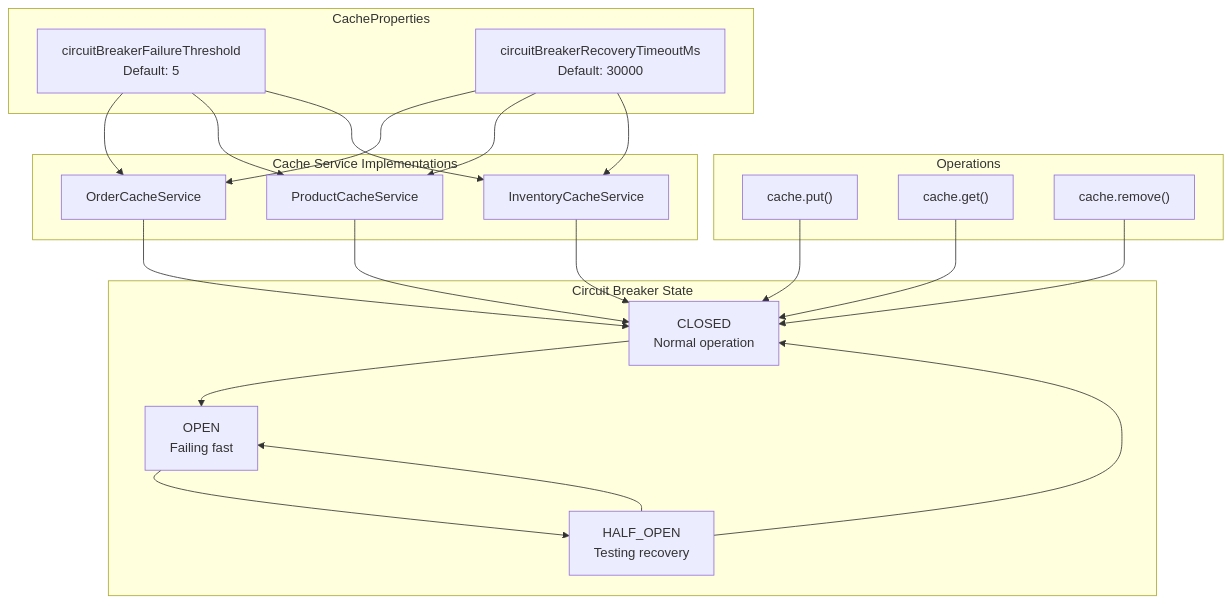
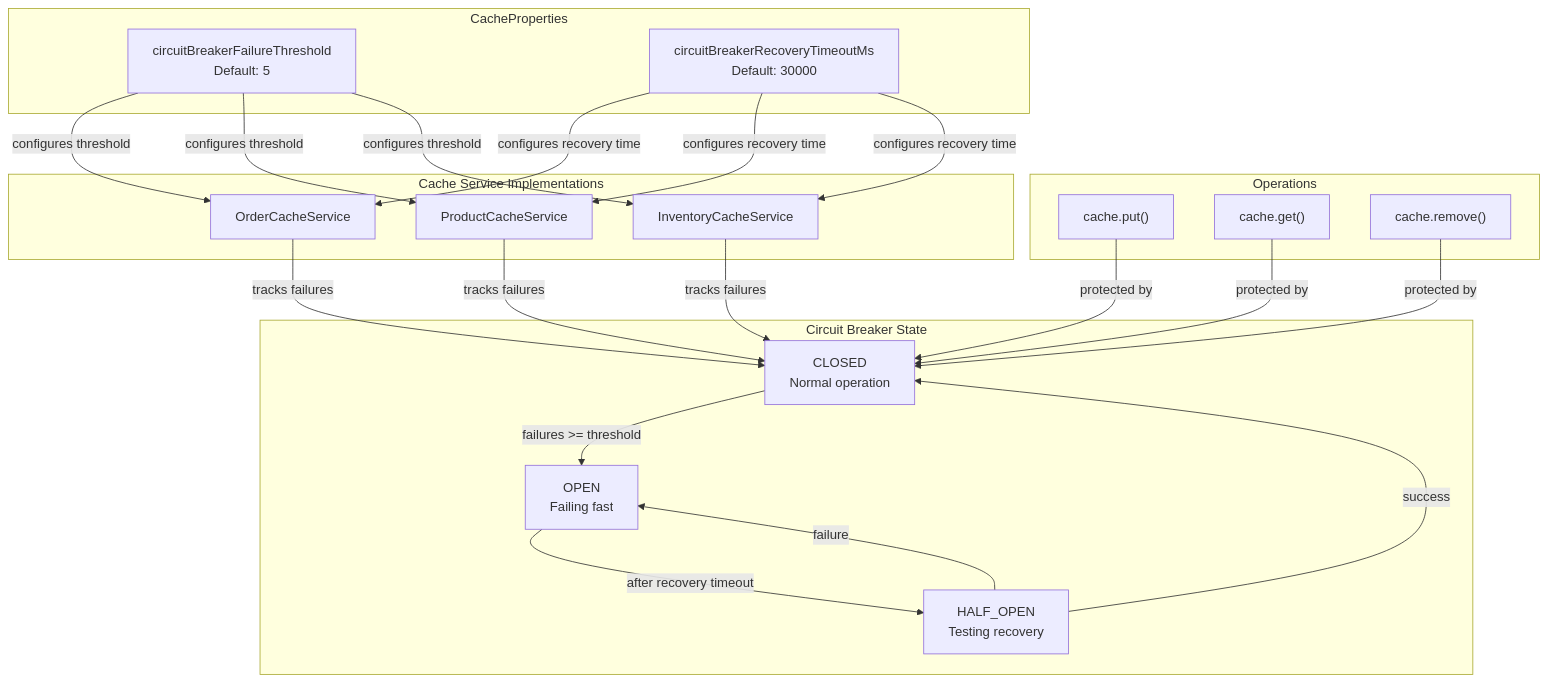
Before and after one commit to philipz/spring-modular-monolith: the second of 3 diagrams in docs/deepwiki/Cache-Properties.md, drawn with Mermaid. The commit also changed other lines of this file and 55 other files, not shown here.

````diff
--- a/docs/deepwiki/Cache-Properties.md
+++ b/docs/deepwiki/Cache-Properties.md
@@ -248,55 +248,55 @@
 ```mermaid
 flowchart TD
 
 FT["circuitBreakerFailureThreshold<br>Default: 5"]
 RT["circuitBreakerRecoveryTimeoutMs<br>Default: 30000"]
 OCS["OrderCacheService"]
 PCS["ProductCacheService"]
 ICS["InventoryCacheService"]
 Closed["CLOSED<br>Normal operation"]
 Open["OPEN<br>Failing fast"]
 HalfOpen["HALF_OPEN<br>Testing recovery"]
 Put["cache.put()"]
 Get["cache.get()"]
 Remove["cache.remove()"]
 
-FT --> OCS
-RT --> OCS
-FT --> PCS
-RT --> PCS
-FT --> ICS
-RT --> ICS
-OCS --> Closed
-PCS --> Closed
-ICS --> Closed
-Put --> Closed
-Get --> Closed
-Remove --> Closed
+FT -->|"configures threshold"| OCS
+RT -->|"configures recovery time"| OCS
+FT -->|"configures threshold"| PCS
+RT -->|"configures recovery time"| PCS
+FT -->|"configures threshold"| ICS
+RT -->|"configures recovery time"| ICS
+OCS -->|"tracks failures"| Closed
+PCS -->|"tracks failures"| Closed
+ICS -->|"tracks failures"| Closed
+Put -->|"protected by"| Closed
+Get -->|"protected by"| Closed
+Remove -->|"protected by"| Closed
 
 subgraph Operations ["Operations"]
     Put
     Get
     Remove
 end
 
 subgraph subGraph2 ["Circuit Breaker State"]
     Closed
     Open
     HalfOpen
-    Closed --> Open
-    Open --> HalfOpen
-    HalfOpen --> Closed
-    HalfOpen --> Open
+    Closed -->|"failures >= threshold"| Open
+    Open -->|"after recovery timeout"| HalfOpen
+    HalfOpen -->|"success"| Closed
+    HalfOpen -->|"failure"| Open
 end
 
 subgraph subGraph1 ["Cache Service Implementations"]
     OCS
     PCS
     ICS
 end
 
 subgraph CacheProperties ["CacheProperties"]
     FT
     RT
 end
 ```
````
